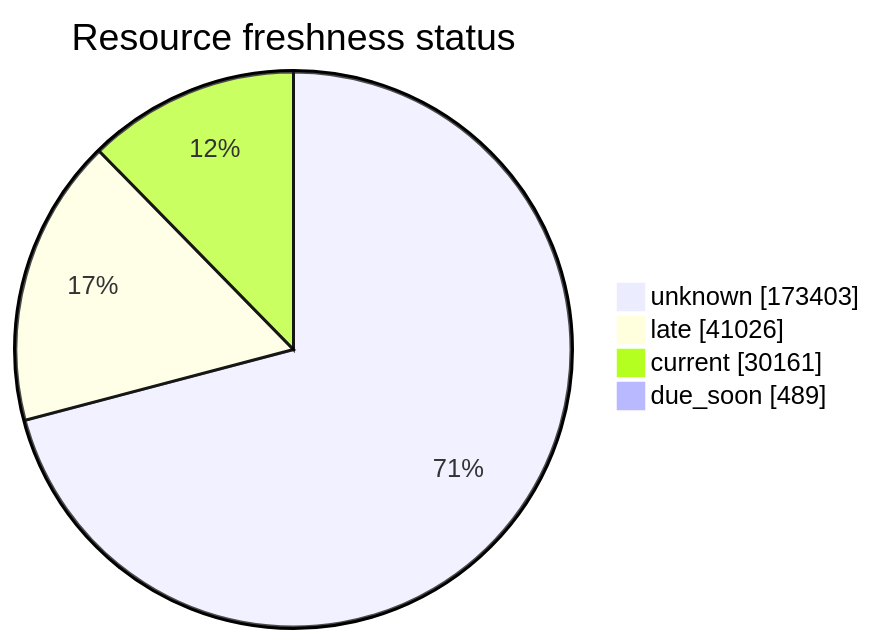
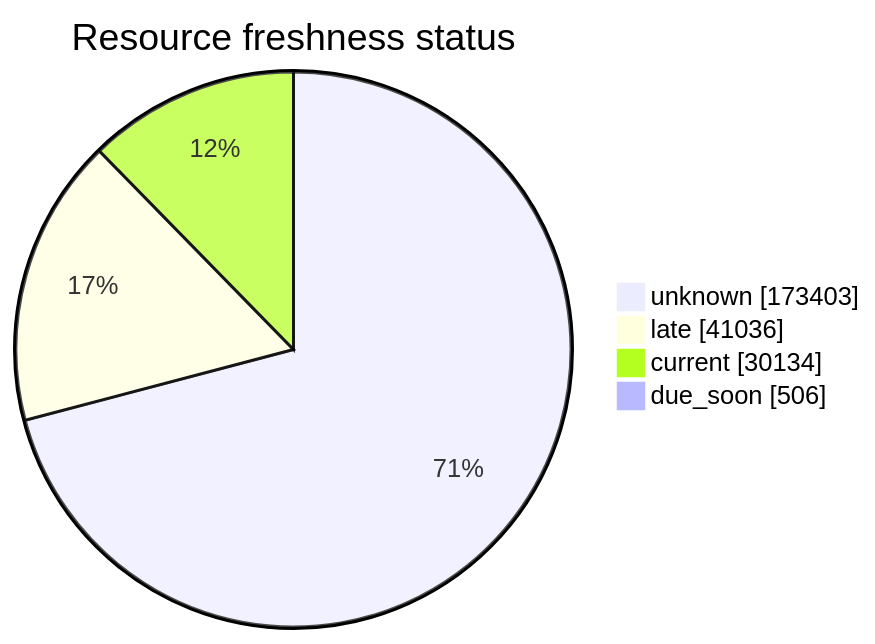
One commit to open-data/analytics-corporate-reporting changed the third of 5 diagrams in FreshCheck/README.md. Above: the diagram before and after it, drawn with Mermaid. The commit also changed other lines of this file and 3 other files, not shown here.

````diff
--- a/FreshCheck/README.md
+++ b/FreshCheck/README.md
@@ -77,7 +77,7 @@
 ```mermaid
 pie showData title Resource freshness status
     "unknown": 173403
-    "late": 41026
-    "current": 30161
-    "due_soon": 489
+    "late": 41036
+    "current": 30134
+    "due_soon": 506
 ```
````
